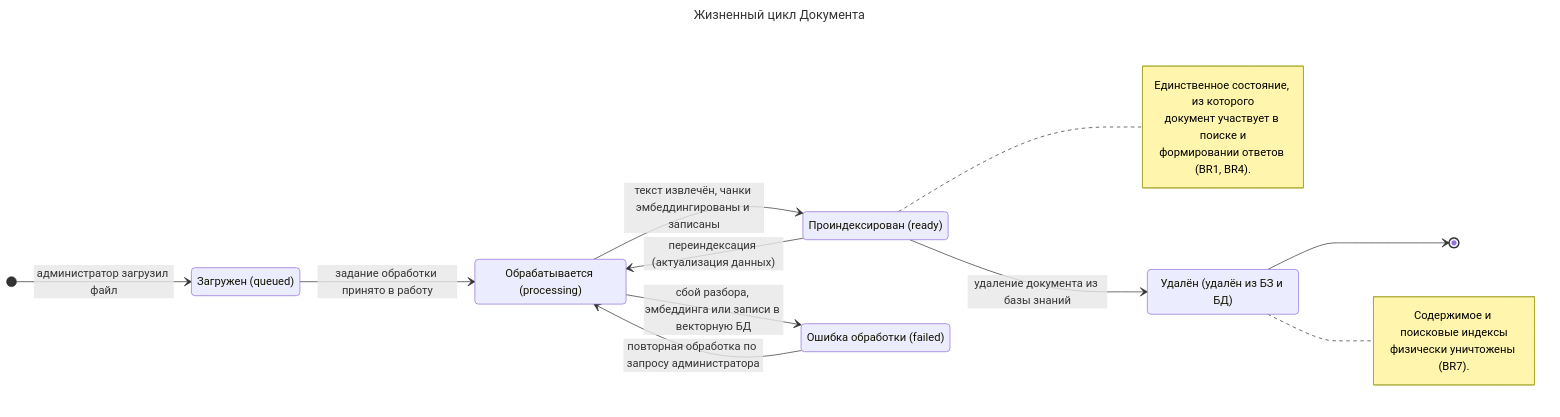
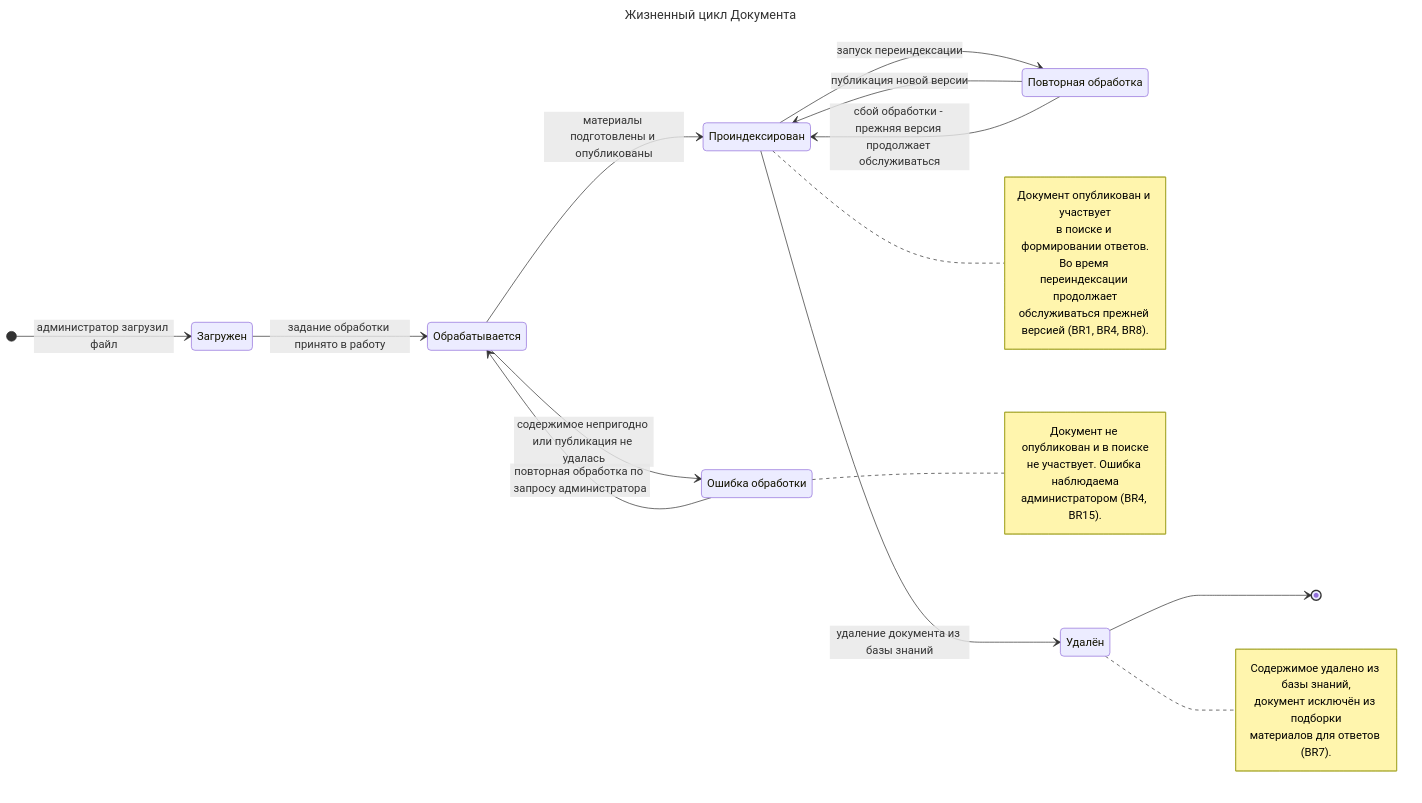
One commit to adsfryt/AI-chat-knowledge-bot changed the diagram in 2-task/7/diagrams/document-state.mmd. Above: the diagram before and after it, drawn with Mermaid. The commit also changed 6 other files, not shown here.

First line of the commit message:
Task 7: align state diagrams with reviewed activity diagrams, drop implementation details

```diff
--- a/2-task/7/diagrams/document-state.mmd
+++ b/2-task/7/diagrams/document-state.mmd
@@ -1,34 +1,45 @@
 ---
 title: Жизненный цикл Документа
 ---
 stateDiagram-v2
     direction LR
 
-    state "Загружен (queued)" as Uploaded
-    state "Обрабатывается (processing)" as Processing
-    state "Проиндексирован (ready)" as Indexed
-    state "Ошибка обработки (failed)" as Failed
-    state "Удалён (удалён из БЗ и БД)" as Deleted
+    state "Загружен" as Uploaded
+    state "Обрабатывается" as Processing
+    state "Проиндексирован" as Indexed
+    state "Ошибка обработки" as Failed
+    state "Повторная обработка" as Reprocessing
+    state "Удалён" as Deleted
 
     [*] --> Uploaded : администратор загрузил файл
     Uploaded --> Processing : задание обработки принято в работу
 
-    Processing --> Indexed : текст извлечён, чанки эмбеддингированы и записаны
-    Processing --> Failed : сбой разбора, эмбеддинга или записи в векторную БД
+    Processing --> Indexed : материалы подготовлены и опубликованы
+    Processing --> Failed : содержимое непригодно или публикация не удалась
 
     Failed --> Processing : повторная обработка по запросу администратора
-    Indexed --> Processing : переиндексация (актуализация данных)
+    Indexed --> Reprocessing : запуск переиндексации
+    Reprocessing --> Indexed : публикация новой версии
+    Reprocessing --> Indexed : сбой обработки - прежняя версия продолжает обслуживаться
 
     Indexed --> Deleted : удаление документа из базы знаний
     Deleted --> [*]
 
     note right of Indexed
-        Единственное состояние, из которого
-        документ участвует в поиске и
-        формировании ответов (BR1, BR4).
+        Документ опубликован и участвует
+        в поиске и формировании ответов.
+        Во время переиндексации продолжает
+        обслуживаться прежней версией (BR1, BR4, BR8).
+    end note
+
+    note right of Failed
+        Документ не опубликован и в поиске
+        не участвует. Ошибка наблюдаема
+        администратором (BR4, BR15).
     end note
 
     note right of Deleted
-        Содержимое и поисковые индексы
-        физически уничтожены (BR7).
+        Содержимое удалено из базы знаний,
+        документ исключён из подборки
+        материалов для ответов (BR7).
     end note
```
